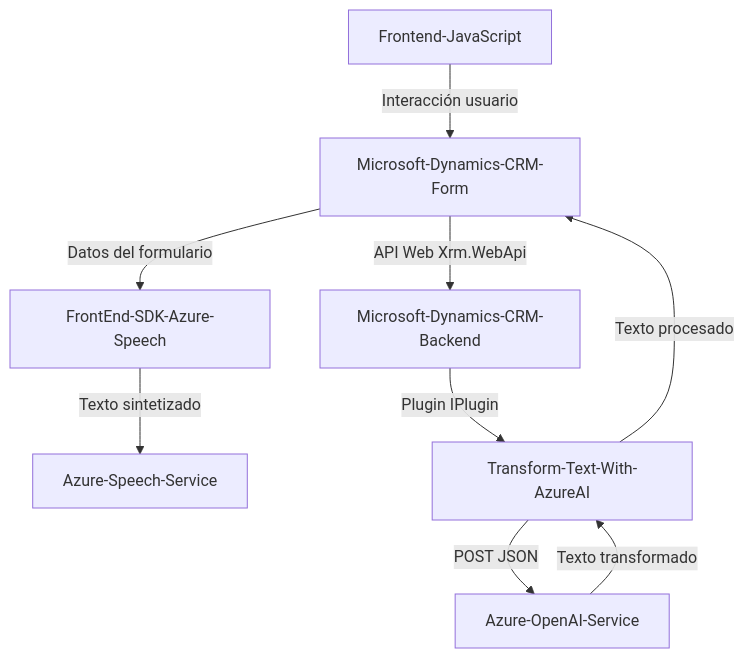
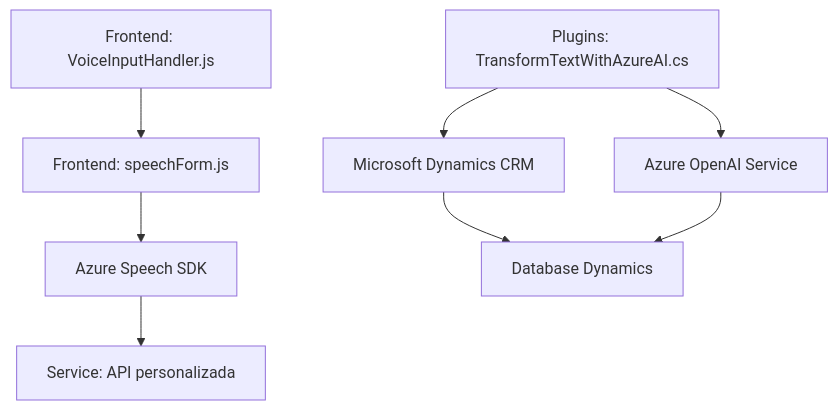
One commit to blopezdm/NETCORE_BILBAO2025 changed the diagram in README.md. Above: the diagram before and after it, drawn with Mermaid. The commit also changed other lines of this file, not shown here.

````diff
--- a/README.md
+++ b/README.md
@@ -34,11 +40,12 @@
 ```mermaid
 graph TD
-    A["Frontend-JavaScript"] -->|Interacción usuario| B["Microsoft-Dynamics-CRM-Form"]
-    B -->|Datos del formulario| C["FrontEnd-SDK-Azure-Speech"]
-    C -->|Texto sintetizado| D["Azure-Speech-Service"]
-    B -->|API Web Xrm.WebApi| E["Microsoft-Dynamics-CRM-Backend"]
-    E -->|Plugin IPlugin| F["Transform-Text-With-AzureAI"]
-    F -->|POST JSON| G["Azure-OpenAI-Service"]
-    G -->|Texto transformado| F
-    F -->|Texto procesado| B
+    A["Frontend: VoiceInputHandler.js"] --> B["Frontend: speechForm.js"]
+    B --> C["Azure Speech SDK"]
+    C --> D["Service: API personalizada"]
+
+    E["Plugins: TransformTextWithAzureAI.cs"] --> F["Microsoft Dynamics CRM"]
+    E --> G["Azure OpenAI Service"]
+
+    F --> H["Database Dynamics"]
+    G --> H
 ```
````
